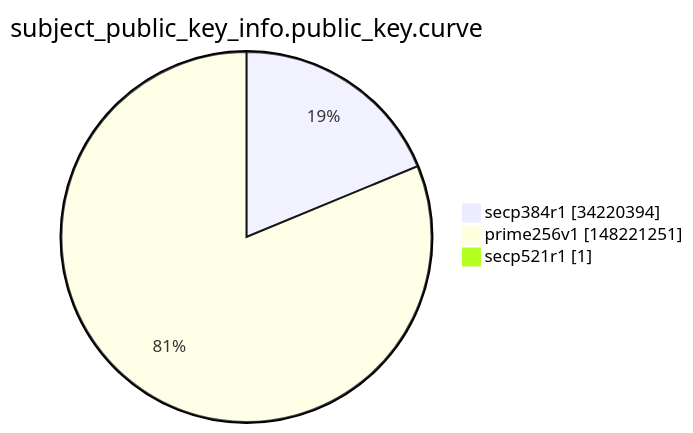
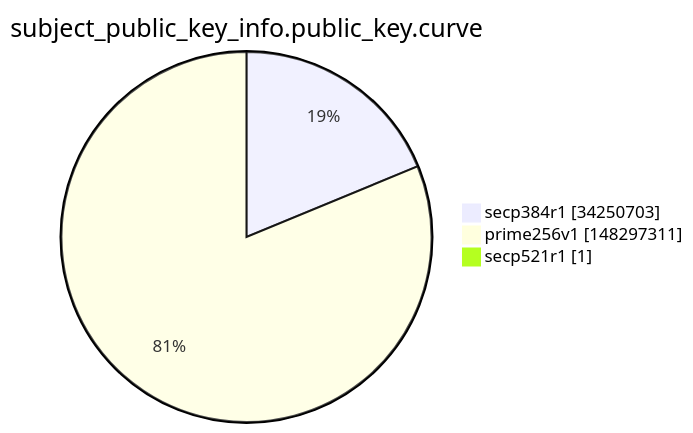
The ninth of 15 diagrams in argon2022/README.md (christiankrug/ctmonitor_visualization), drawn with Mermaid before and after one commit. The commit also changed other lines of this file, not shown here.

````diff
--- a/argon2022/README.md
+++ b/argon2022/README.md
@@ -2764,7 +2764,7 @@
 ```mermaid
 pie showData
 title subject_public_key_info.public_key.curve
-"secp384r1" :34220394
-"prime256v1" :148221251
+"secp384r1" :34250703
+"prime256v1" :148297311
 "secp521r1" :1
 ```
````
